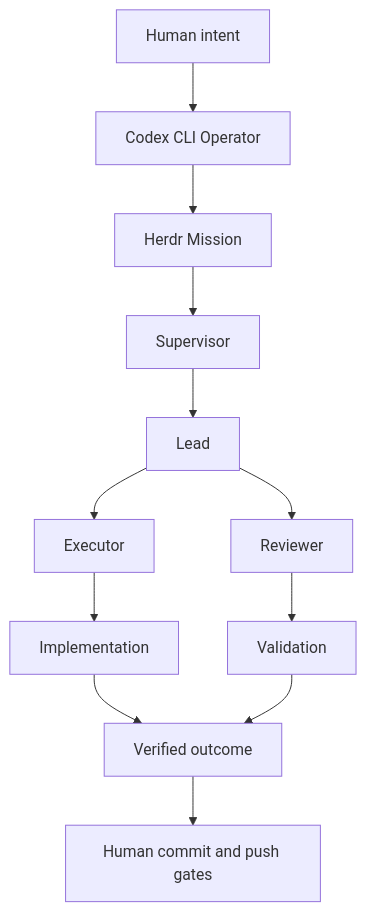
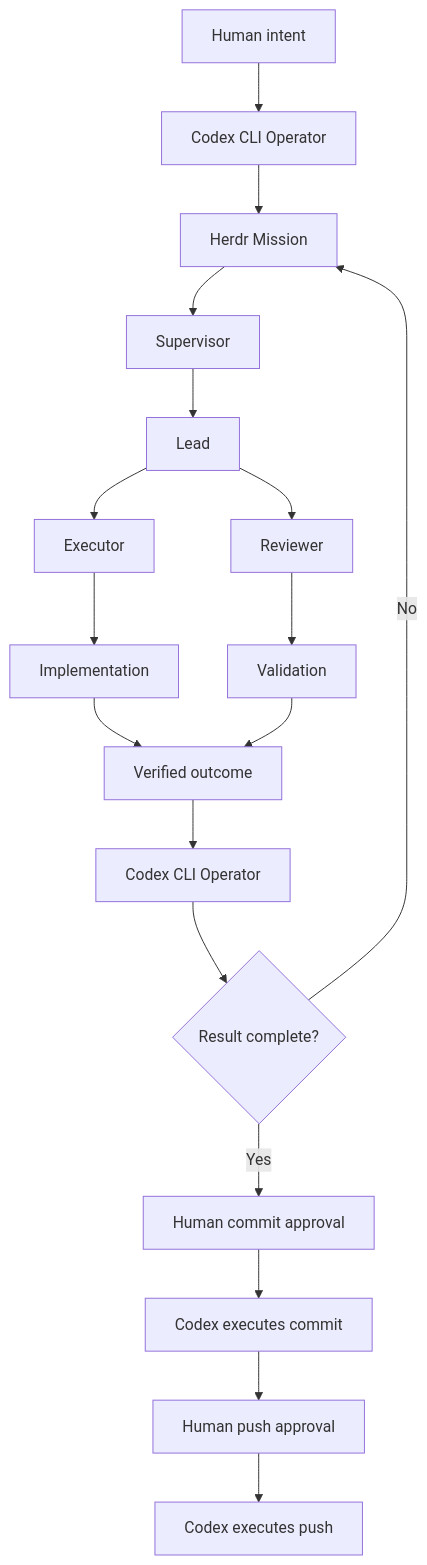
Before and after one commit to TheMickeyDodger/dodging-infinity: the diagram in README.md, drawn with Mermaid. The commit also changed other lines of this file, not shown here.

````diff
--- a/README.md
+++ b/README.md
@@ -33,14 +37,20 @@
 ```mermaid
 flowchart TD
     A[Human intent] --> B[Codex CLI Operator]
     B --> C[Herdr Mission]
     C --> D[Supervisor]
     D --> E[Lead]
     E --> F[Executor]
     E --> G[Reviewer]
     F --> H[Implementation]
     G --> I[Validation]
     H --> J[Verified outcome]
     I --> J
-    J --> K[Human commit and push gates]
+    J --> K[Codex CLI Operator]
+    K --> L{Result complete?}
+    L -- No --> C
+    L -- Yes --> M[Human commit approval]
+    M --> N[Codex executes commit]
+    N --> O[Human push approval]
+    O --> P[Codex executes push]
 ```
````
